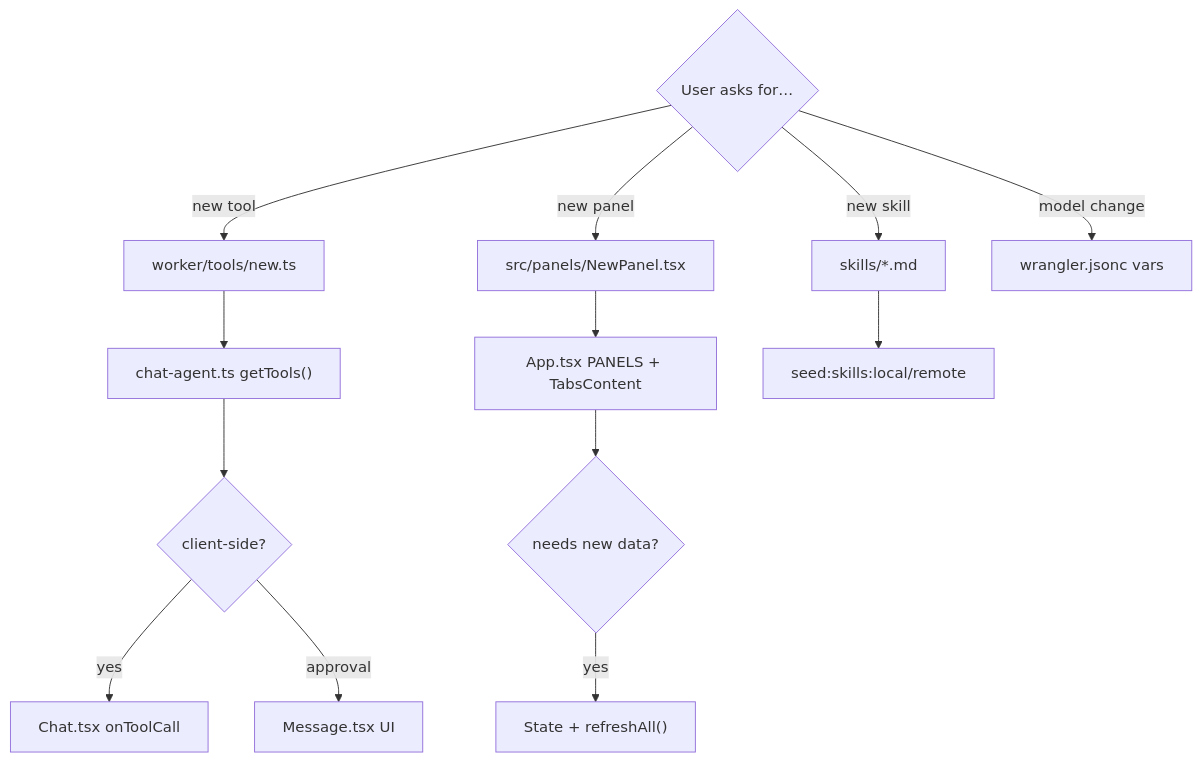
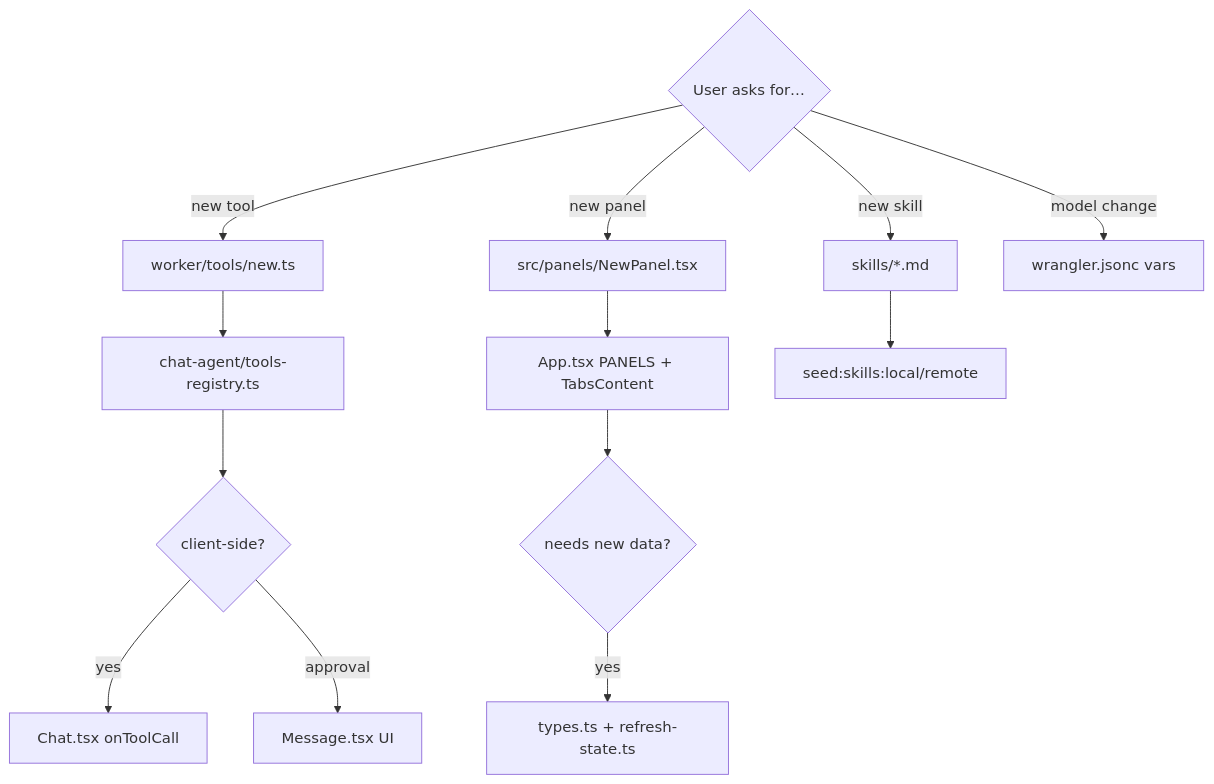
One commit to Jinu-hub/jinu-agent-nexus changed the second of 2 diagrams in CLAUDE.md. Above: the diagram before and after it, drawn with Mermaid. The commit also changed other lines of this file and 14 other files, not shown here.

First line of the commit message:
refactor: split ChatAgent into worker/chat-agent modules

````diff
--- a/CLAUDE.md
+++ b/CLAUDE.md
@@ -86,19 +86,19 @@
 ```mermaid
 flowchart TD
   Task{"User asks for…"}
   Task -->|new tool| T1["worker/tools/new.ts"]
-  T1 --> T2["chat-agent.ts getTools()"]
+  T1 --> T2["chat-agent/tools-registry.ts"]
   T2 --> T3{"client-side?"}
   T3 -->|yes| T4["Chat.tsx onToolCall"]
   T3 -->|approval| T5["Message.tsx UI"]
 
   Task -->|new panel| P1["src/panels/NewPanel.tsx"]
   P1 --> P2["App.tsx PANELS + TabsContent"]
   P2 --> P3{"needs new data?"}
-  P3 -->|yes| P4["State + refreshAll()"]
+  P3 -->|yes| P4["types.ts + refresh-state.ts"]
 
   Task -->|new skill| S1["skills/*.md"]
   S1 --> S2["seed:skills:local/remote"]
 
   Task -->|model change| M1["wrangler.jsonc vars"]
 ```
````
